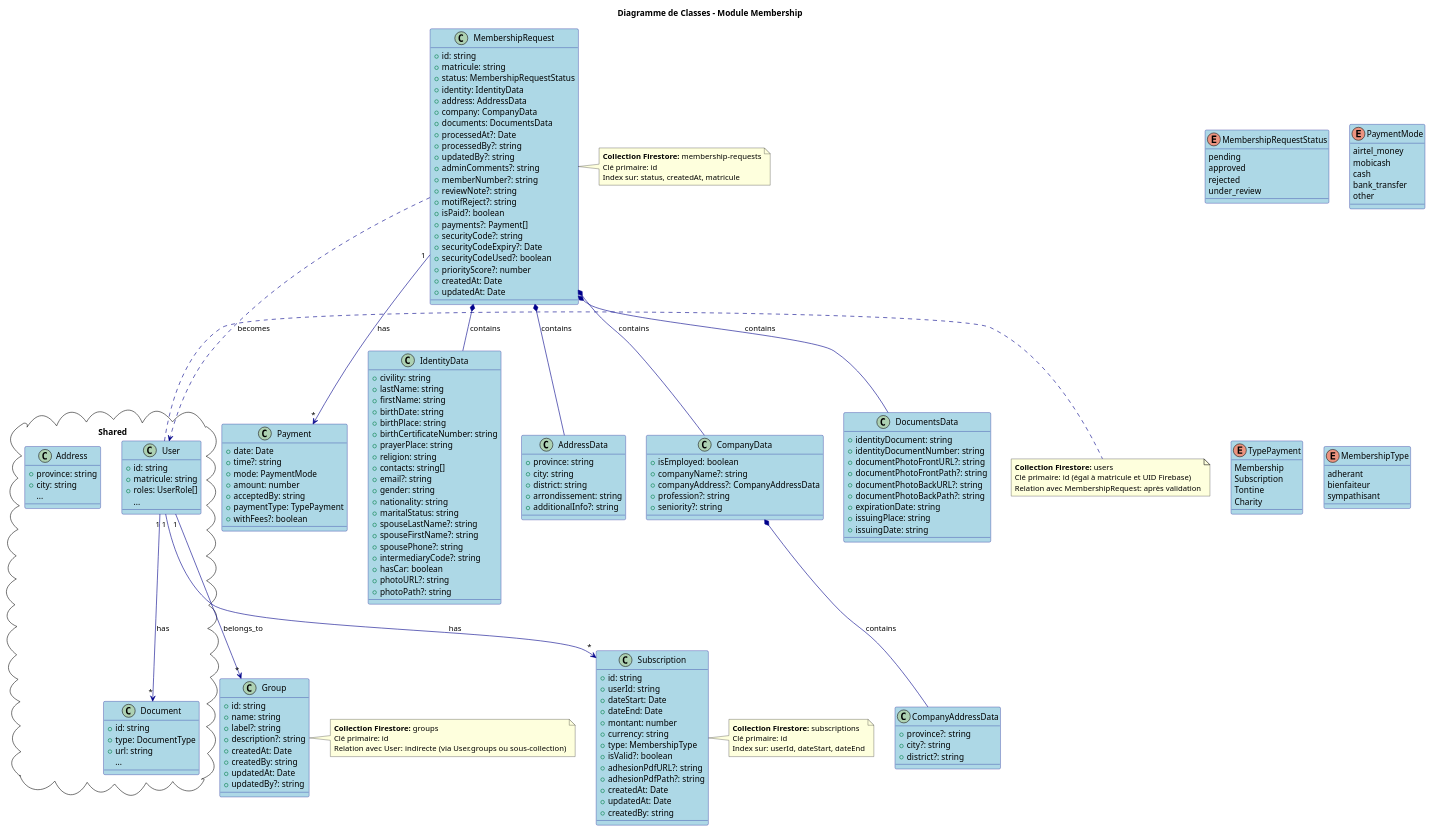
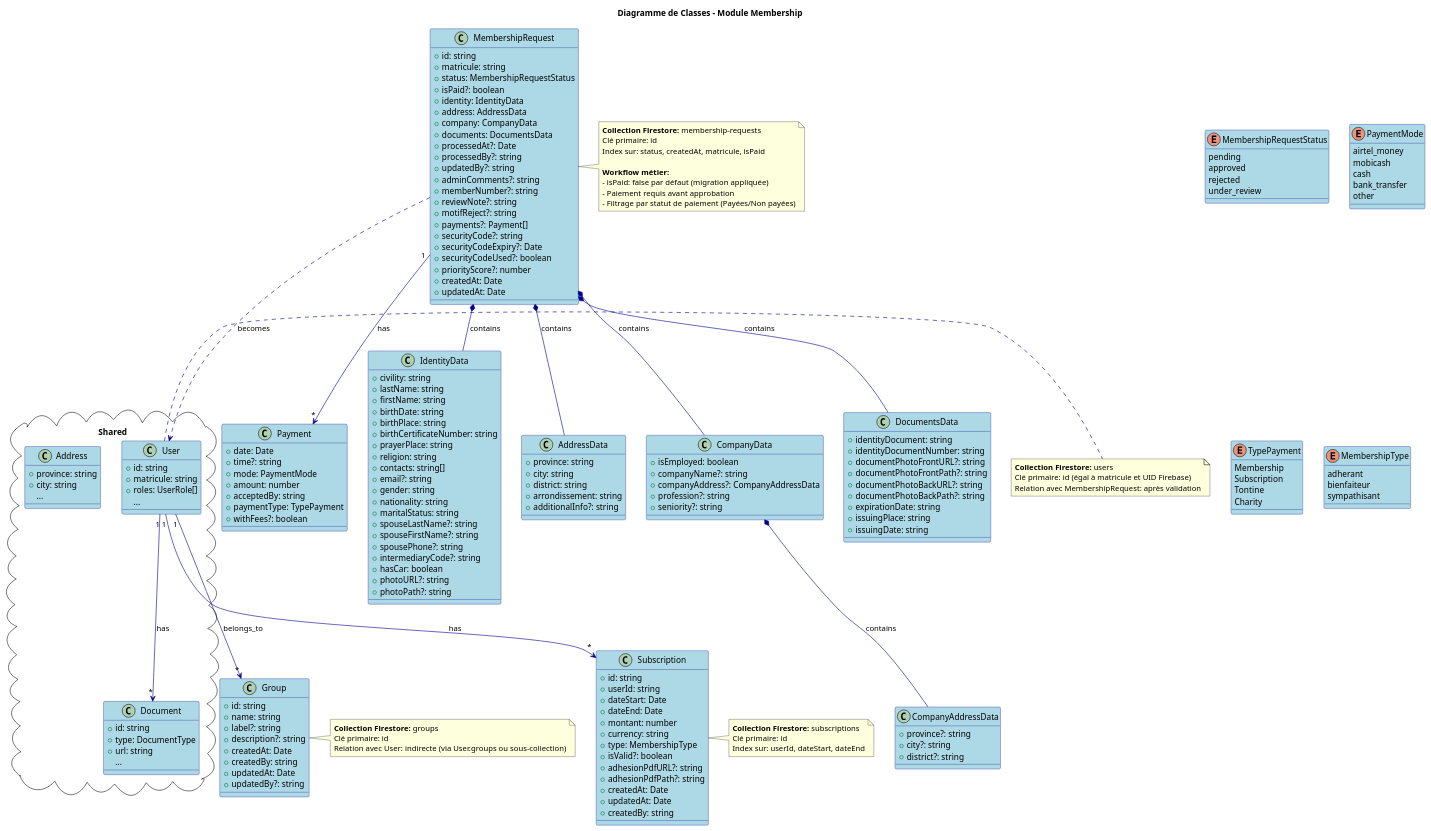
The diagram in documentation/uml/classes/CLASSES_MEMBERSHIP.puml (GlennEriss/kara-client-front), drawn with PlantUML before and after one commit. The commit also changed 13 other files, not shown here.

Commit message:
feat(memberships): add E2E tests fixtures and update UML diagram with isPaid field

```diff
--- a/documentation/uml/classes/CLASSES_MEMBERSHIP.puml
+++ b/documentation/uml/classes/CLASSES_MEMBERSHIP.puml
@@ -40,6 +40,7 @@
   + id: string
   + matricule: string
   + status: MembershipRequestStatus
+  + isPaid?: boolean
   + identity: IdentityData
   + address: AddressData
   + company: CompanyData
@@ -51,7 +52,6 @@
   + memberNumber?: string
   + reviewNote?: string
   + motifReject?: string
-  + isPaid?: boolean
   + payments?: Payment[]
   + securityCode?: string
   + securityCodeExpiry?: Date
@@ -248,7 +248,12 @@
 note right of MembershipRequest
   **Collection Firestore:** membership-requests
   Clé primaire: id
-  Index sur: status, createdAt, matricule
+  Index sur: status, createdAt, matricule, isPaid
+  
+  **Workflow métier:**
+  - isPaid: false par défaut (migration appliquée)
+  - Paiement requis avant approbation
+  - Filtrage par statut de paiement (Payées/Non payées)
 end note
 
 note right of User
```
